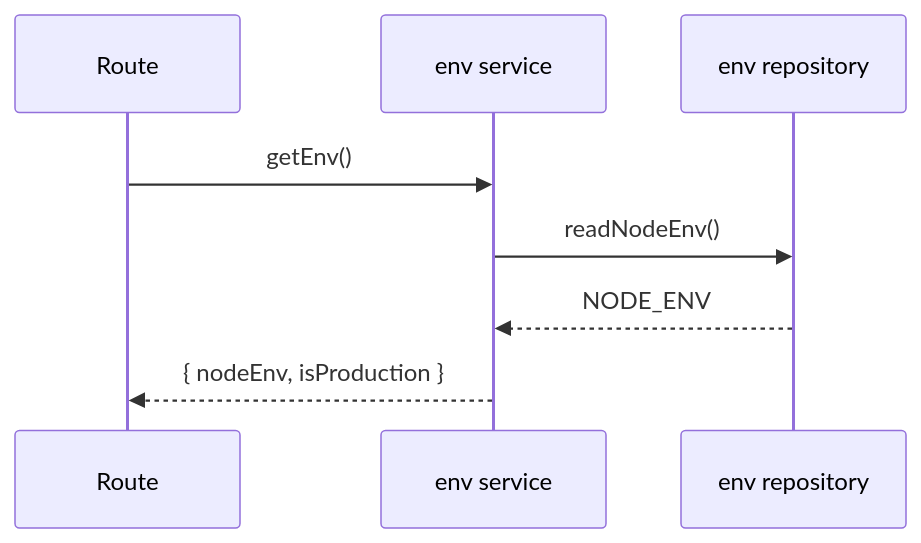
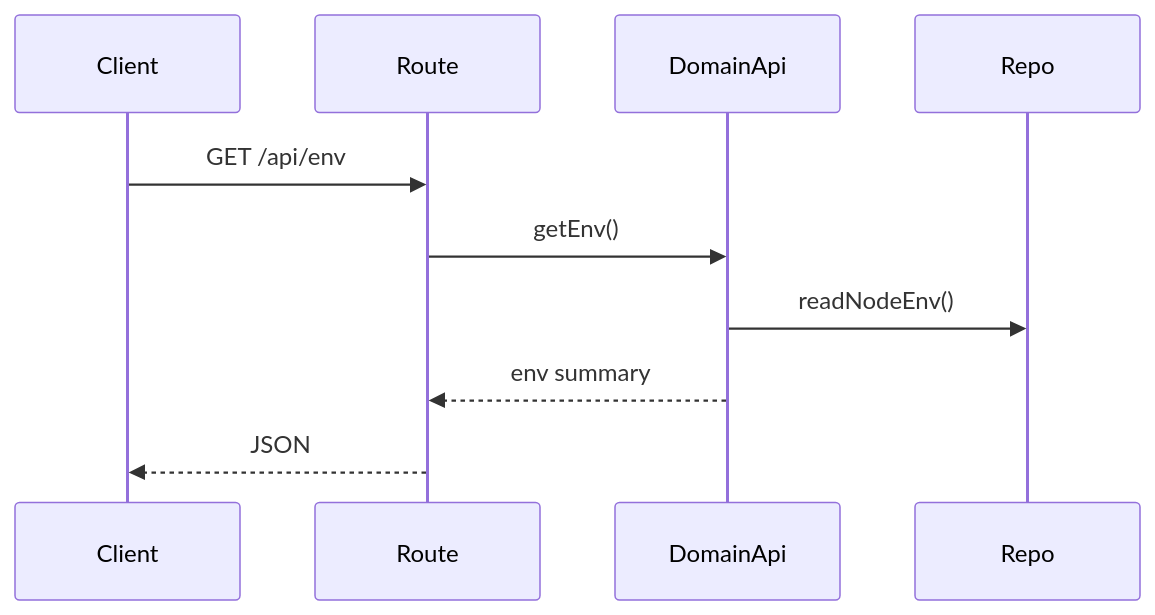
The diagram in src/backend/domains/env/README.md (TurtleStoffel/tektite-console), drawn with Mermaid before and after one commit. The commit also changed other lines of this file and 30 other files, not shown here.

Commit message:
split domainApi from service

````diff
--- a/src/backend/domains/env/README.md
+++ b/src/backend/domains/env/README.md
@@ -12,10 +12,12 @@
 ```mermaid
 sequenceDiagram
+    participant Client
     participant Route
-    participant Service as env service
-    participant Repo as env repository
-    Route->>Service: getEnv()
-    Service->>Repo: readNodeEnv()
-    Repo-->>Service: NODE_ENV
-    Service-->>Route: { nodeEnv, isProduction }
+    participant DomainApi
+    participant Repo
+    Client->>Route: GET /api/env
+    Route->>DomainApi: getEnv()
+    DomainApi->>Repo: readNodeEnv()
+    DomainApi-->>Route: env summary
+    Route-->>Client: JSON
 ```
````
